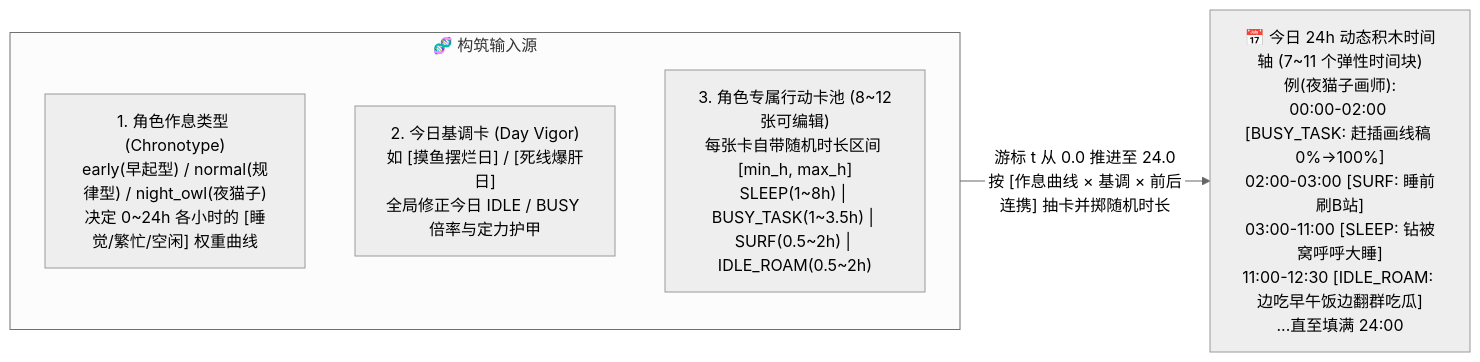
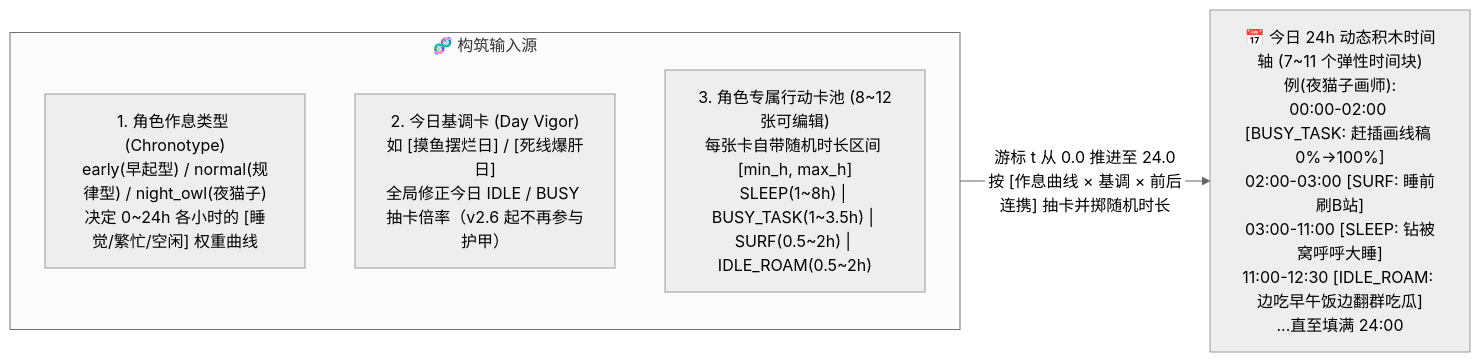
One commit to hidge123/astrbot_plugin_only_you changed the second of 5 diagrams in docs/PRD.md. Above: the diagram before and after it, drawn with Mermaid (neutral theme). The commit also changed other lines of this file and 44 other files, not shown here.

````diff
--- a/docs/PRD.md
+++ b/docs/PRD.md
@@ -74,10 +76,10 @@
 ```mermaid
 flowchart LR
     subgraph Inputs["🧬 构筑输入源"]
         Chrono["1. 角色作息类型 (Chronotype)\nearly(早起型) / normal(规律型) / night_owl(夜猫子)\n决定 0~24h 各小时的 [睡觉/繁忙/空闲] 权重曲线"]
-        Vigor["2. 今日基调卡 (Day Vigor)\n如 [摸鱼摆烂日] / [死线爆肝日]\n全局修正今日 IDLE / BUSY 倍率与定力护甲"]
+        Vigor["2. 今日基调卡 (Day Vigor)\n如 [摸鱼摆烂日] / [死线爆肝日]\n全局修正今日 IDLE / BUSY 抽卡倍率（v2.6 起不再参与护甲）"]
         Deck["3. 角色专属行动卡池 (8~12张可编辑)\n每张卡自带随机时长区间 [min_h, max_h]\nSLEEP(1~8h) | BUSY_TASK(1~3.5h) | SURF(0.5~2h) | IDLE_ROAM(0.5~2h)"]
     end
 
     Inputs -->|"游标 t 从 0.0 推进至 24.0\n按 [作息曲线 × 基调 × 前后连携] 抽卡并掷随机时长"| Track["📅 今日 24h 动态积木时间轴 (7~11 个弹性时间块)\n例(夜猫子画师):\n00:00-02:00 [BUSY_TASK: 赶插画线稿 0%->100%]\n02:00-03:00 [SURF: 睡前刷B站]\n03:00-11:00 [SLEEP: 钻被窝呼呼大睡]\n11:00-12:30 [IDLE_ROAM: 边吃早午饭边翻群吃瓜]\n...直至填满 24:00"]
 ```
````
